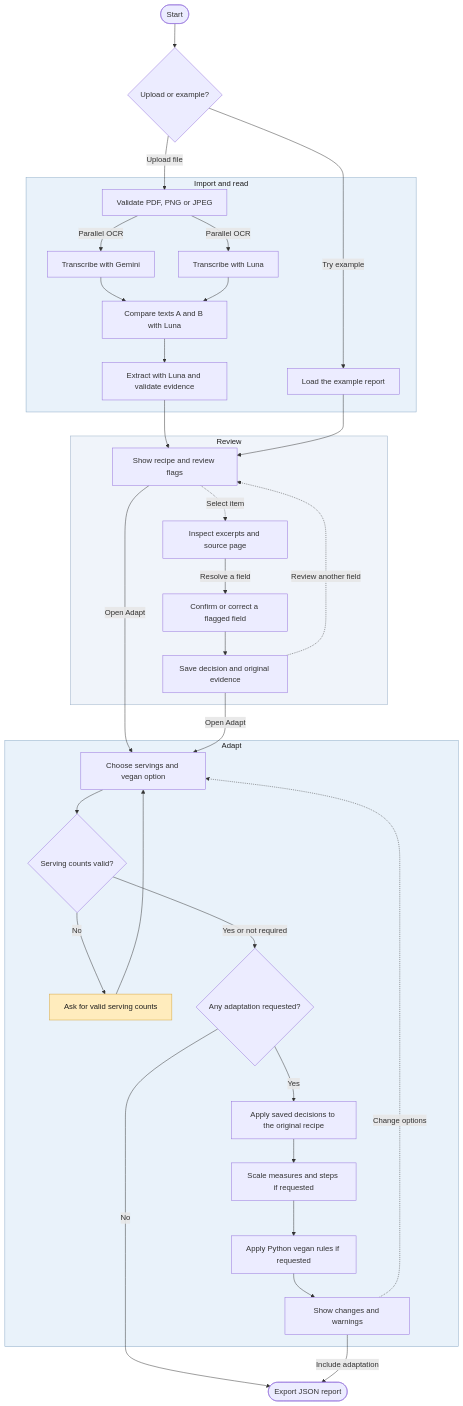
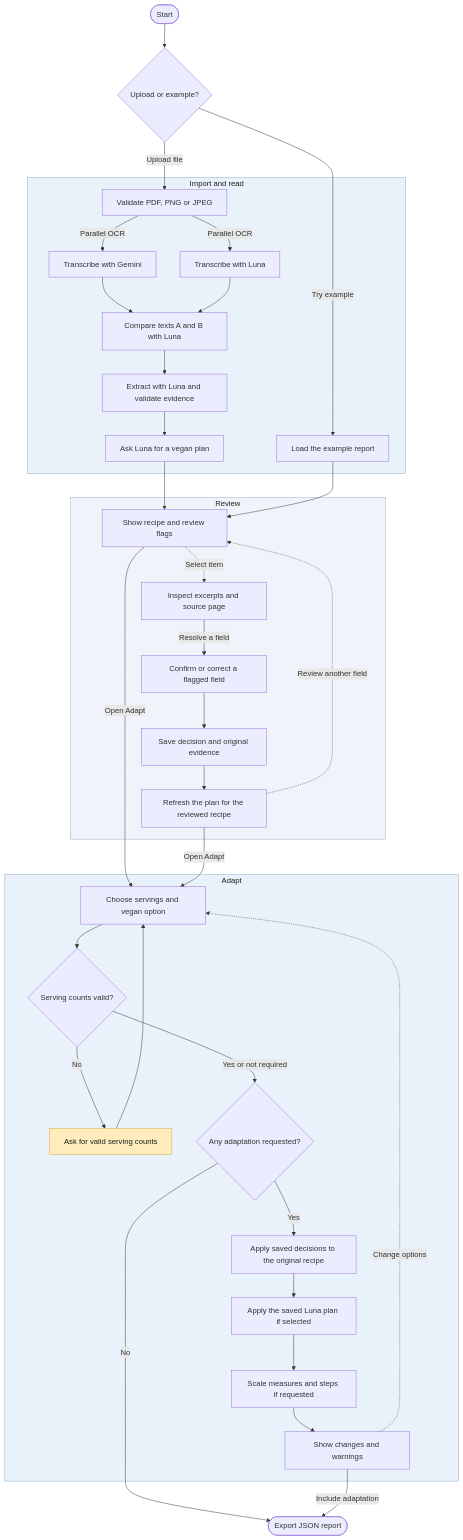
One commit to Gabriel-Volker/finlyt-cookbook changed the diagram in docs/activity-diagram.md. Above: the diagram before and after it, drawn with Mermaid. The commit also changed other lines of this file and 17 other files, not shown here.

Commit message:
Generate recipe-specific vegan plans with Luna

````diff
--- a/docs/activity-diagram.md
+++ b/docs/activity-diagram.md
@@ -5,65 +5,69 @@
 ```mermaid
 flowchart TD
     start(["Start"]) --> entry{"Upload or example?"}
 
     subgraph reading ["Import and read"]
         upload["Validate PDF, PNG or JPEG"]
         gemini["Transcribe with Gemini"]
         luna["Transcribe with Luna"]
         compare["Compare texts A and B with Luna"]
         extract["Extract with Luna and validate evidence"]
+        plan["Ask Luna for a vegan plan"]
         example["Load the example report"]
         upload -->|"Parallel OCR"| gemini
         upload -->|"Parallel OCR"| luna
         gemini --> compare
         luna --> compare
         compare --> extract
+        extract --> plan
     end
 
     entry -->|"Upload file"| upload
     entry -->|"Try example"| example
 
     subgraph review ["Review"]
         display["Show recipe and review flags"]
         inspect["Inspect excerpts and source page"]
         resolve["Confirm or correct a flagged field"]
         saveReview["Save decision and original evidence"]
+        refreshPlan["Refresh the plan for the reviewed recipe"]
         display -.->|"Select item"| inspect
         inspect -->|"Resolve a field"| resolve
         resolve --> saveReview
-        saveReview -.->|"Review another field"| display
+        saveReview --> refreshPlan
+        refreshPlan -.->|"Review another field"| display
     end
 
-    extract --> display
+    plan --> display
     example --> display
 
     subgraph adapt ["Adapt"]
         options["Choose servings and vegan option"]
         valid{"Serving counts valid?"}
         correct["Ask for valid serving counts"]
         requested{"Any adaptation requested?"}
         base["Apply saved decisions to the original recipe"]
+        vegan["Apply the saved Luna plan if selected"]
         scale["Scale measures and steps if requested"]
-        vegan["Apply Python vegan rules if requested"]
         changes["Show changes and warnings"]
         options --> valid
         valid -->|"No"| correct
         correct --> options
         valid -->|"Yes or not required"| requested
         requested -->|"Yes"| base
-        base --> scale
-        scale --> vegan
-        vegan --> changes
+        base --> vegan
+        vegan --> scale
+        scale --> changes
         changes -.->|"Change options"| options
     end
 
     display -->|"Open Adapt"| options
-    saveReview -->|"Open Adapt"| options
+    refreshPlan -->|"Open Adapt"| options
     requested -->|"No"| download(["Export JSON report"])
     changes -->|"Include adaptation"| download
 
     style reading fill:#E9F2FA,stroke:#8AA9C6,color:#1E1E1E
     style review fill:#F0F4FA,stroke:#9AAFC8,color:#1E1E1E
     style adapt fill:#E9F2FA,stroke:#8AA9C6,color:#1E1E1E
     style correct fill:#FFECBD,stroke:#D5A43A,color:#1E1E1E
 ```
````
